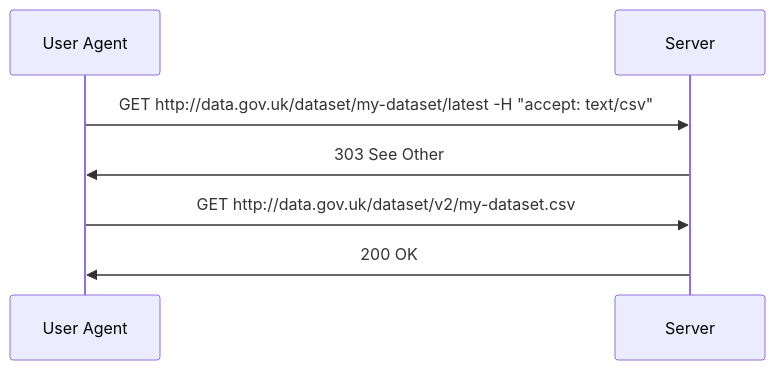
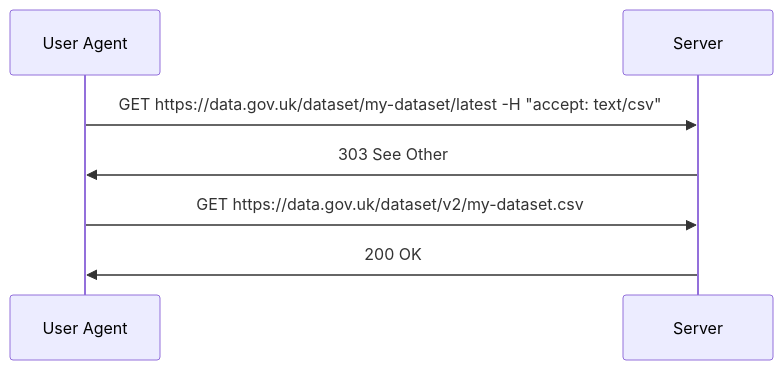
The fourth of 15 diagrams in README.md (ONSdigital/application-profile), drawn with Mermaid before and after one commit. The commit also changed other lines of this file, not shown here.

````diff
--- a/README.md
+++ b/README.md
@@ -798,7 +859,7 @@
 ```mermaid
 sequenceDiagram
-    User Agent ->> Server: GET http://data.gov.uk/dataset/my-dataset/latest -H "accept: text/csv"
+    User Agent ->> Server: GET https://data.gov.uk/dataset/my-dataset/latest -H "accept: text/csv"
     Server ->> User Agent: 303 See Other
-    User Agent ->> Server: GET http://data.gov.uk/dataset/v2/my-dataset.csv
+    User Agent ->> Server: GET https://data.gov.uk/dataset/v2/my-dataset.csv
     Server ->> User Agent: 200 OK
 ```
````
